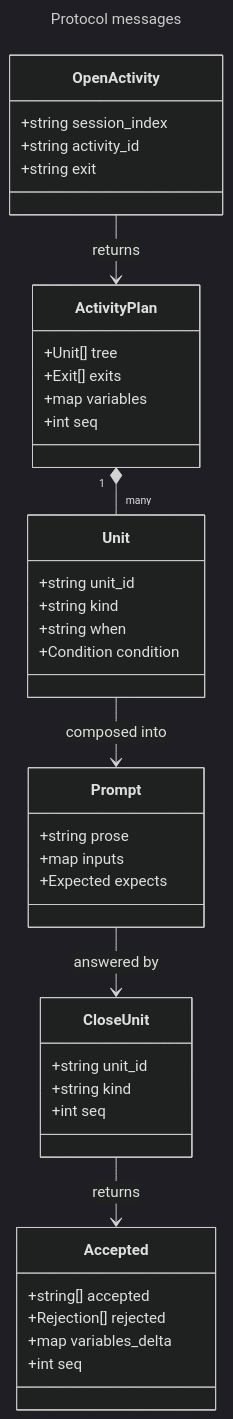
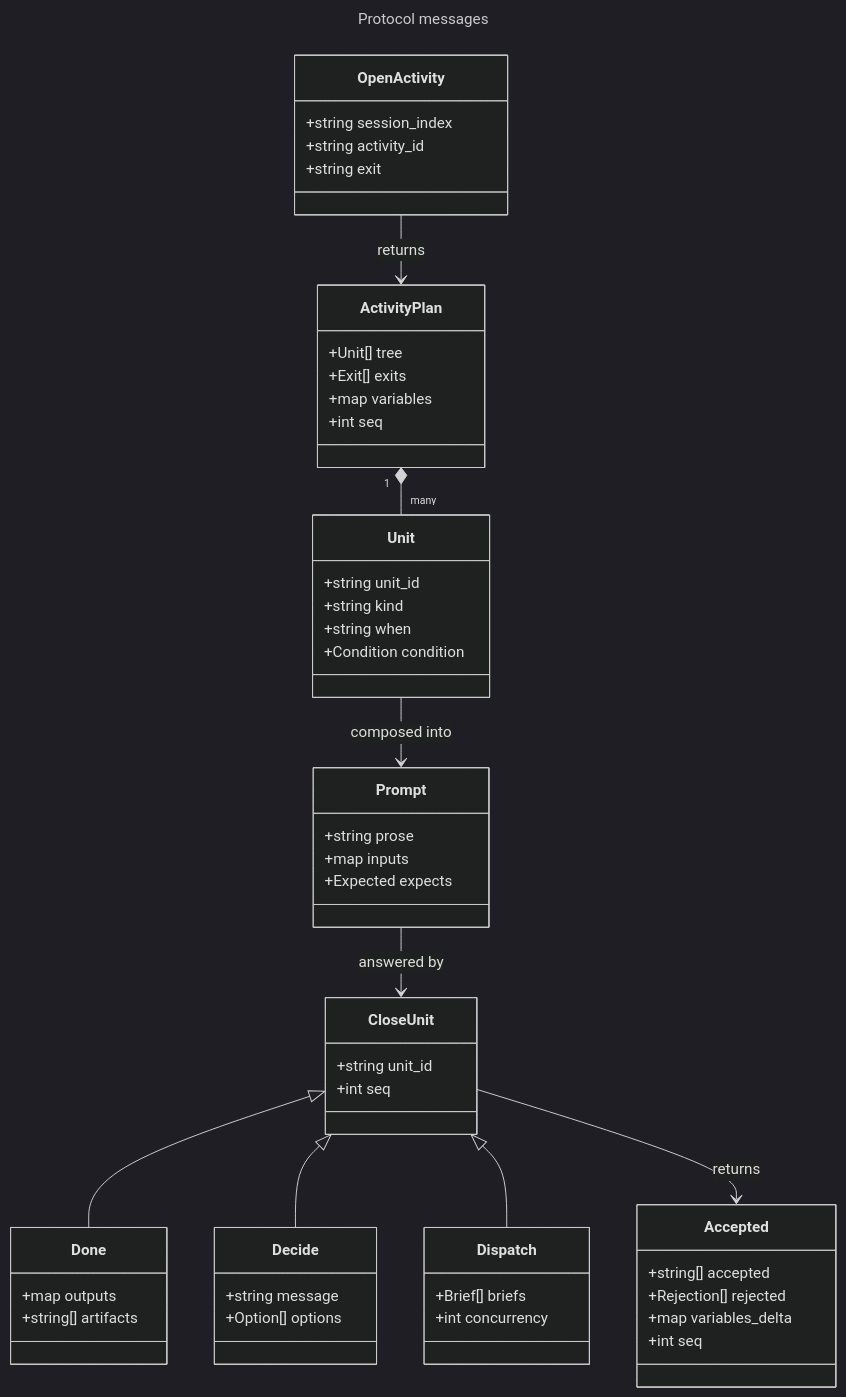
The sixth of 14 diagrams in artifacts/planning/2026-08-28-runner-execution-protocol/README.md (m2ux/workflow-server), drawn with Mermaid (dark theme) before and after one commit. The commit also changed other lines of this file, not shown here.

First line of the commit message:
Reconcile the diagrams with the prose they illustrate

````diff
--- a/artifacts/planning/2026-08-28-runner-execution-protocol/README.md
+++ b/artifacts/planning/2026-08-28-runner-execution-protocol/README.md
@@ -307,45 +319,59 @@
 ```mermaid
 ---
 title: Protocol messages
 ---
 classDiagram
     class OpenActivity {
         +string session_index
         +string activity_id
         +string exit
     }
     class ActivityPlan {
         +Unit[] tree
         +Exit[] exits
         +map variables
         +int seq
     }
     class Unit {
         +string unit_id
         +string kind
         +string when
         +Condition condition
     }
     class Prompt {
         +string prose
         +map inputs
         +Expected expects
     }
     class CloseUnit {
         +string unit_id
-        +string kind
         +int seq
+    }
+    class Done {
+        +map outputs
+        +string[] artifacts
+    }
+    class Decide {
+        +string message
+        +Option[] options
+    }
+    class Dispatch {
+        +Brief[] briefs
+        +int concurrency
     }
     class Accepted {
         +string[] accepted
         +Rejection[] rejected
         +map variables_delta
         +int seq
     }
 
     OpenActivity --> ActivityPlan : returns
     ActivityPlan "1" *-- "many" Unit
     Unit --> Prompt : composed into
     Prompt --> CloseUnit : answered by
+    CloseUnit <|-- Done
+    CloseUnit <|-- Decide
+    CloseUnit <|-- Dispatch
     CloseUnit --> Accepted : returns
 ```
````
